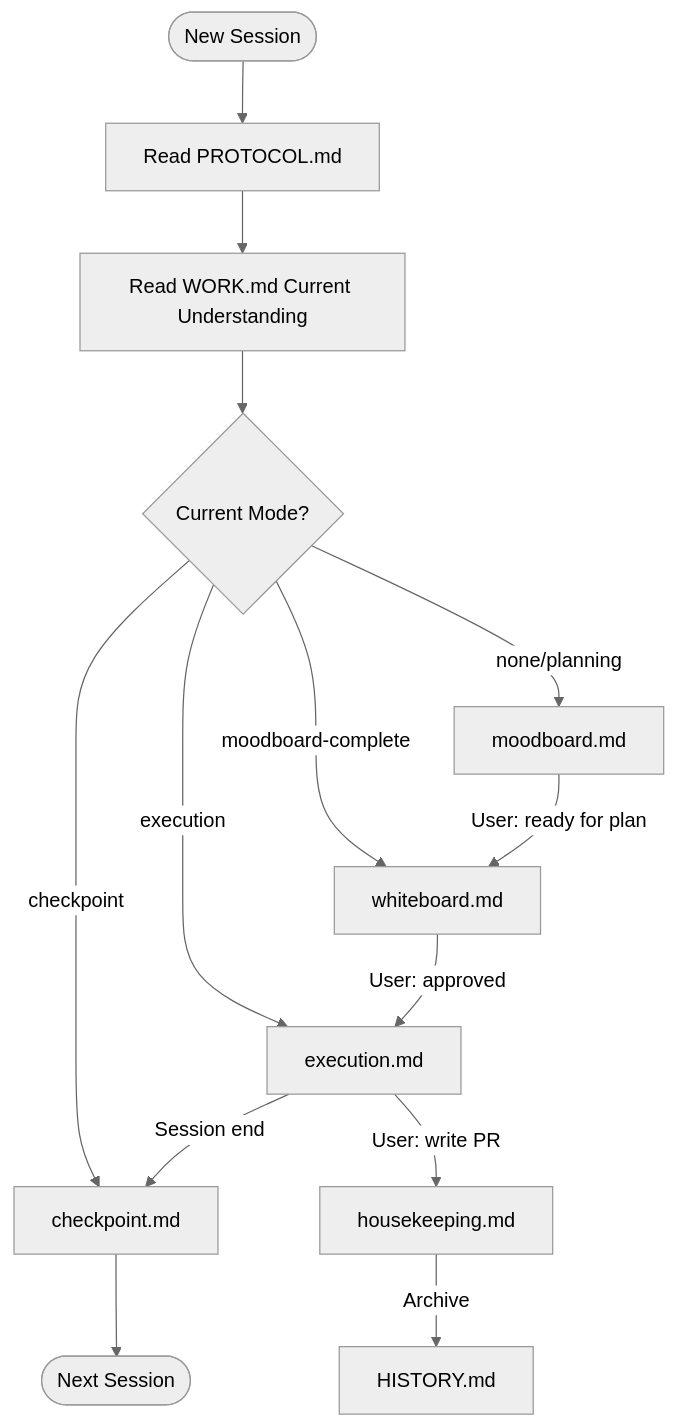
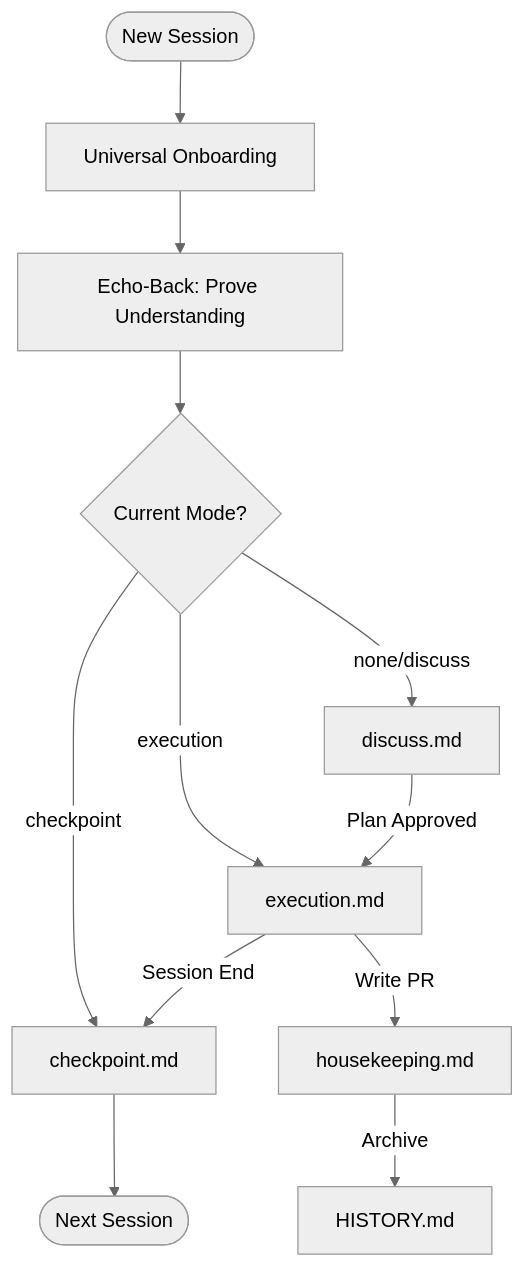
Before and after one commit to luutuankiet/gsd-lite: the third of 3 diagrams in README.md, drawn with Mermaid (neutral theme). The commit also changed other lines of this file, not shown here.

````diff
--- a/README.md
+++ b/README.md
@@ -201,19 +103,17 @@
 ```mermaid
 graph TD
-    Start([New Session]) --> ReadProtocol[Read PROTOCOL.md]
-    ReadProtocol --> ReadWork[Read WORK.md Current Understanding]
-    ReadWork --> CheckMode{Current Mode?}
+    Start([New Session]) --> Boot[Universal Onboarding]
+    Boot --> Echo[Echo-Back: Prove Understanding]
+    Echo --> Route{Current Mode?}
 
-    CheckMode -->|none/planning| Moodboard[moodboard.md]
-    CheckMode -->|moodboard-complete| Whiteboard[whiteboard.md]
-    CheckMode -->|execution| Execution[execution.md]
-    CheckMode -->|checkpoint| Checkpoint[checkpoint.md]
+    Route -->|none/discuss| Discuss[discuss.md]
+    Route -->|execution| Execute[execution.md]
+    Route -->|checkpoint| Checkpoint[checkpoint.md]
 
-    Moodboard -->|User: ready for plan| Whiteboard
-    Whiteboard -->|User: approved| Execution
-    Execution -->|Session end| Checkpoint
-    Execution -->|User: write PR| Housekeeping[housekeeping.md]
+    Discuss -->|Plan Approved| Execute
+    Execute -->|Session End| Checkpoint
+    Execute -->|Write PR| Housekeeping[housekeeping.md]
 
     Checkpoint --> Resume([Next Session])
     Housekeeping -->|Archive| History[HISTORY.md]
 ```
````
